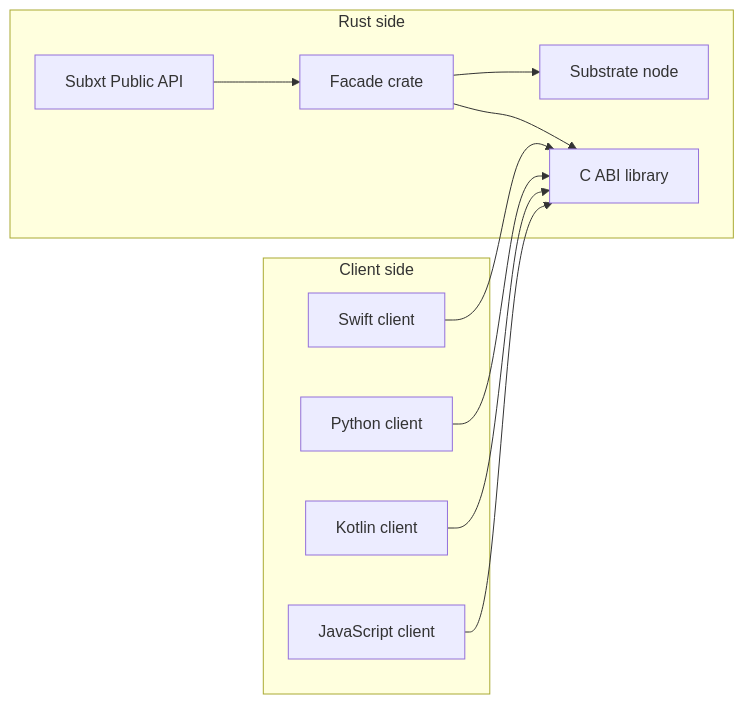
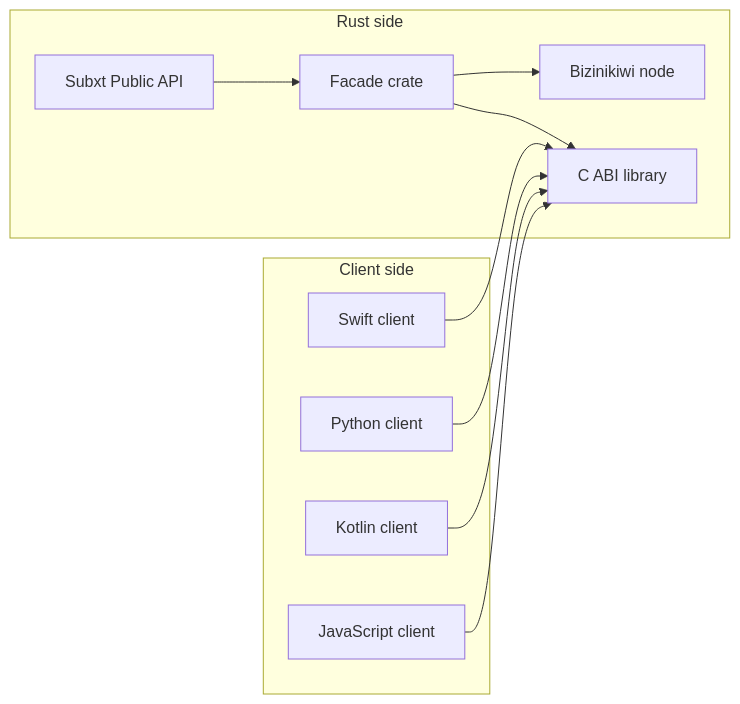
The diagram in examples/ffi-example/README.md (pezkuwichain/pezkuwi-subxt), drawn with Mermaid before and after one commit. The commit also changed other lines of this file and 165 other files, not shown here.

First line of the commit message:
Complete rebrand: Polkadot→Pezkuwi, Substrate→Bizinikiwi

````diff
--- a/examples/ffi-example/README.md
+++ b/examples/ffi-example/README.md
@@ -13,23 +13,23 @@
 ```mermaid
 flowchart LR
   subgraph Rust side
     subxt[Subxt Public API]
     facade[Facade crate]
-    node[Substrate node]
+    node[Bizinikiwi node]
     cabi[C ABI library]
     subxt --> facade
     facade --> node
     facade --> cabi
   end
 
   subgraph Client side
     swift[Swift client]
     python[Python client]
     kotlin[Kotlin client]
     js[JavaScript client]
     swift --> cabi
     python --> cabi
     kotlin --> cabi
     js --> cabi
   end
 ```
````
